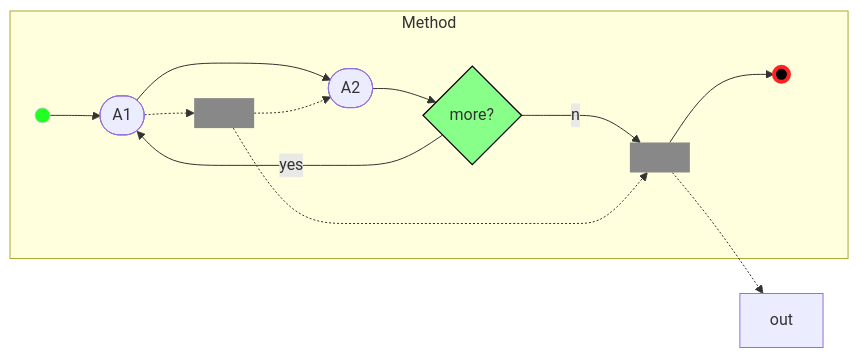
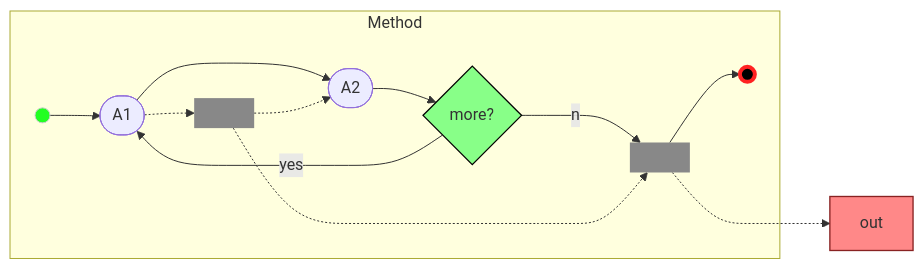
The second of 15 diagrams in content/other/vvml-questions/index.md (joseproenca/homepage-academic), drawn with Mermaid before and after one commit. The commit also changed other lines of this file, not shown here.

````diff
--- a/content/other/vvml-questions/index.md
+++ b/content/other/vvml-questions/index.md
@@ -88,19 +89,20 @@
 ```mermaid
 graph LR
   subgraph Method
     Init(( )):::in --> W1([A1])
     W1 --> W2([A2])
     W1 -.-> T1[ ]:::tr
     T1 -.-> W2
     W2 --> more{more?}:::gw
     more --yes--> W1
     more --no--> T2[ ]:::tr
     T2 --> Stop(( )):::st
     T1 -.-> T2
   end
-  T2 -.-> out
+  T2 -..-> out:::it
 classDef in fill:#2f2,stroke:#ccc;
 classDef st fill:#000,stroke:#f22,stroke-width:4px;
 classDef tr fill:#888,stroke-width:0pt;
 classDef gw fill:#8f8,stroke-width:1pt,stroke:#000;
+classDef it fill:#f88,stroke-width:1pt,stroke:#822;
 ```
````
